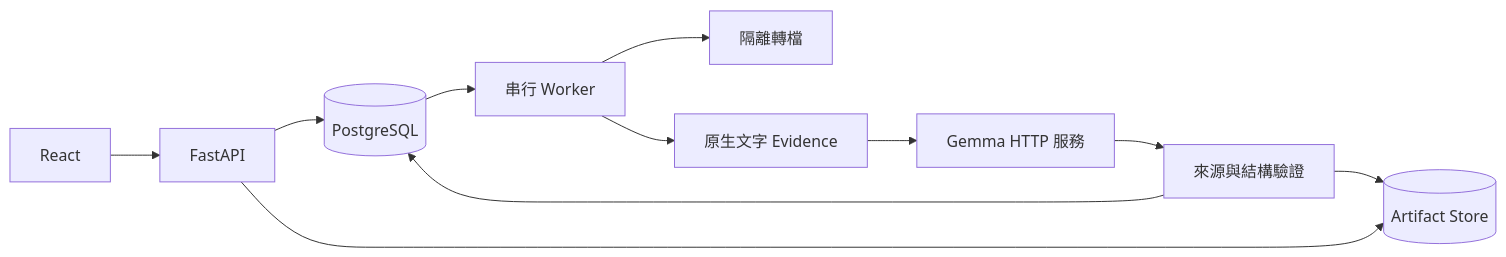
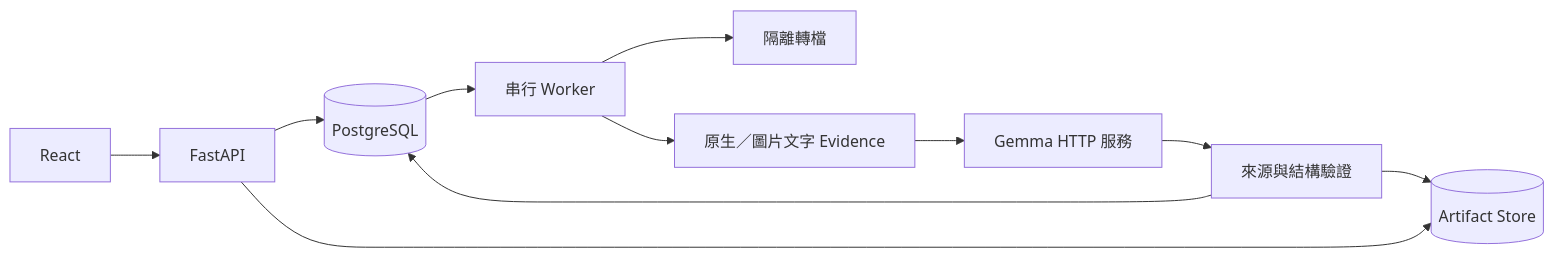
One commit to C6Yelan/Studydy-InnoServe-2026 changed the diagram in docs/architecture.md. Above: the diagram before and after it, drawn with Mermaid. The commit also changed other lines of this file and 24 other files, not shown here.

```diff
--- a/docs/architecture.md
+++ b/docs/architecture.md
@@ -7,13 +7,13 @@
 ~~~mermaid
 flowchart LR
     UI[React] --> API[FastAPI]
     API --> DB[(PostgreSQL)]
     API --> Store[(Artifact Store)]
     DB --> Worker[串行 Worker]
     Worker --> Convert[隔離轉檔]
-    Worker --> Evidence[原生文字 Evidence]
+    Worker --> Evidence[原生／圖片文字 Evidence]
     Evidence --> Model[Gemma HTTP 服務]
     Model --> Validate[來源與結構驗證]
     Validate --> DB
     Validate --> Store
 ~~~
```
